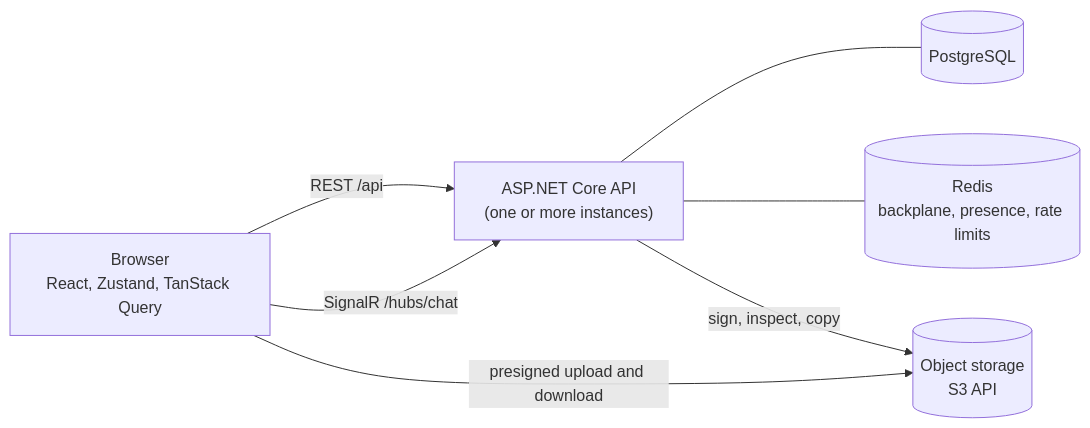
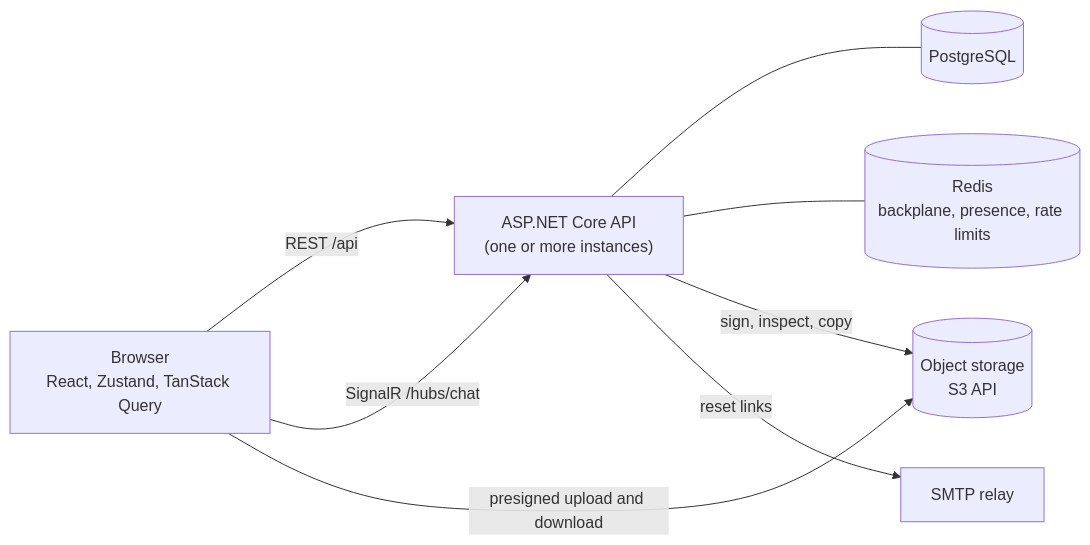
The diagram in README.md (Harsh-Moriya/chatnet), drawn with Mermaid before and after one commit. The commit also changed other lines of this file and 17 other files, not shown here.

````diff
--- a/README.md
+++ b/README.md
@@ -25,9 +26,10 @@
 ```mermaid
 flowchart LR
     Browser["Browser<br/>React, Zustand, TanStack Query"] -- "REST /api" --> API["ASP.NET Core API<br/>(one or more instances)"]
     Browser -- "SignalR /hubs/chat" --> API
     Browser -- "presigned upload and download" --> Storage[("Object storage<br/>S3 API")]
     API --- Postgres[("PostgreSQL")]
     API --- Redis[("Redis<br/>backplane, presence, rate limits")]
     API -- "sign, inspect, copy" --> Storage
+    API -- "reset links" --> Mail["SMTP relay"]
 ```
````
